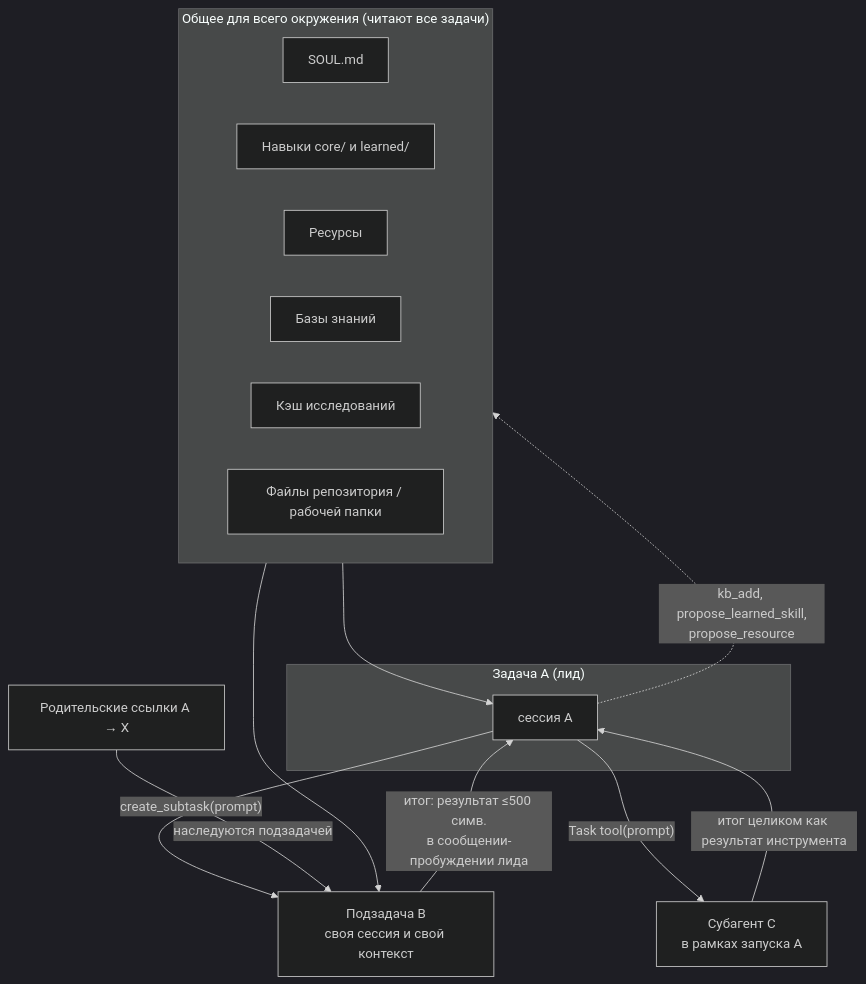
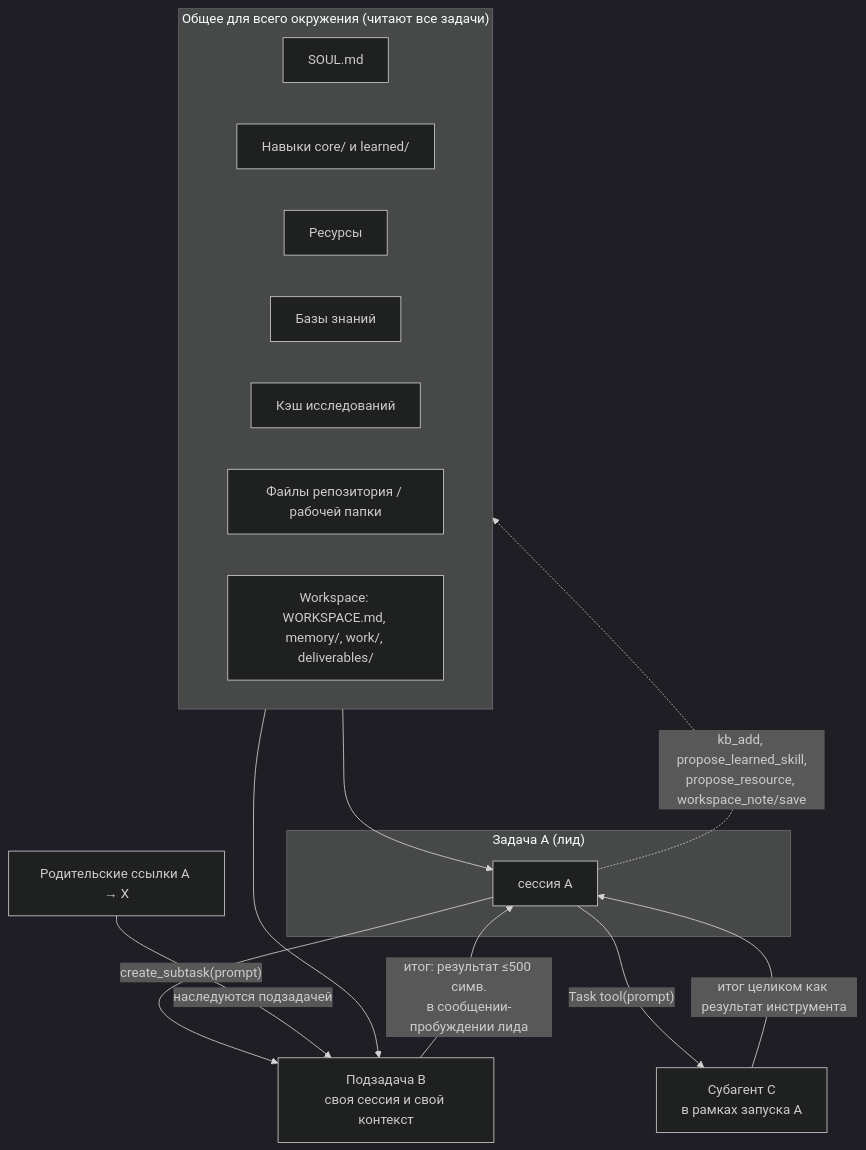
One commit to Arttron/aigentron changed the third of 4 diagrams in docs/request-flow.md. Above: the diagram before and after it, drawn with Mermaid (dark theme). The commit also changed other lines of this file and 86 other files, not shown here.

````diff
--- a/docs/request-flow.md
+++ b/docs/request-flow.md
@@ -112,22 +117,23 @@
 ```mermaid
 flowchart TD
   subgraph TASK["Задача A (лид)"]
     A1["сессия A"]
   end
   A1 -->|"create_subtask(prompt)"| B1["Подзадача B<br/>своя сессия и свой контекст"]
   A1 -->|"Task tool(prompt)"| C1["Субагент C<br/>в рамках запуска A"]
   B1 -->|"итог: результат ≤500 симв.<br/>в сообщении-пробуждении лида"| A1
   C1 -->|"итог целиком как результат инструмента"| A1
   P["Родительские ссылки A → X"] -->|"наследуются подзадачей"| B1
   subgraph ENV["Общее для всего окружения (читают все задачи)"]
     SOUL["SOUL.md"]
     SK["Навыки core/ и learned/"]
     RES["Ресурсы"]
     KB["Базы знаний"]
     RC["Кэш исследований"]
     FS["Файлы репозитория / рабочей папки"]
+    WS["Workspace: WORKSPACE.md, memory/, work/, deliverables/"]
   end
   ENV --> A1
   ENV --> B1
-  A1 -.->|"kb_add, propose_learned_skill,<br/>propose_resource"| ENV
+  A1 -.->|"kb_add, propose_learned_skill,<br/>propose_resource, workspace_note/save"| ENV
 ```
````
